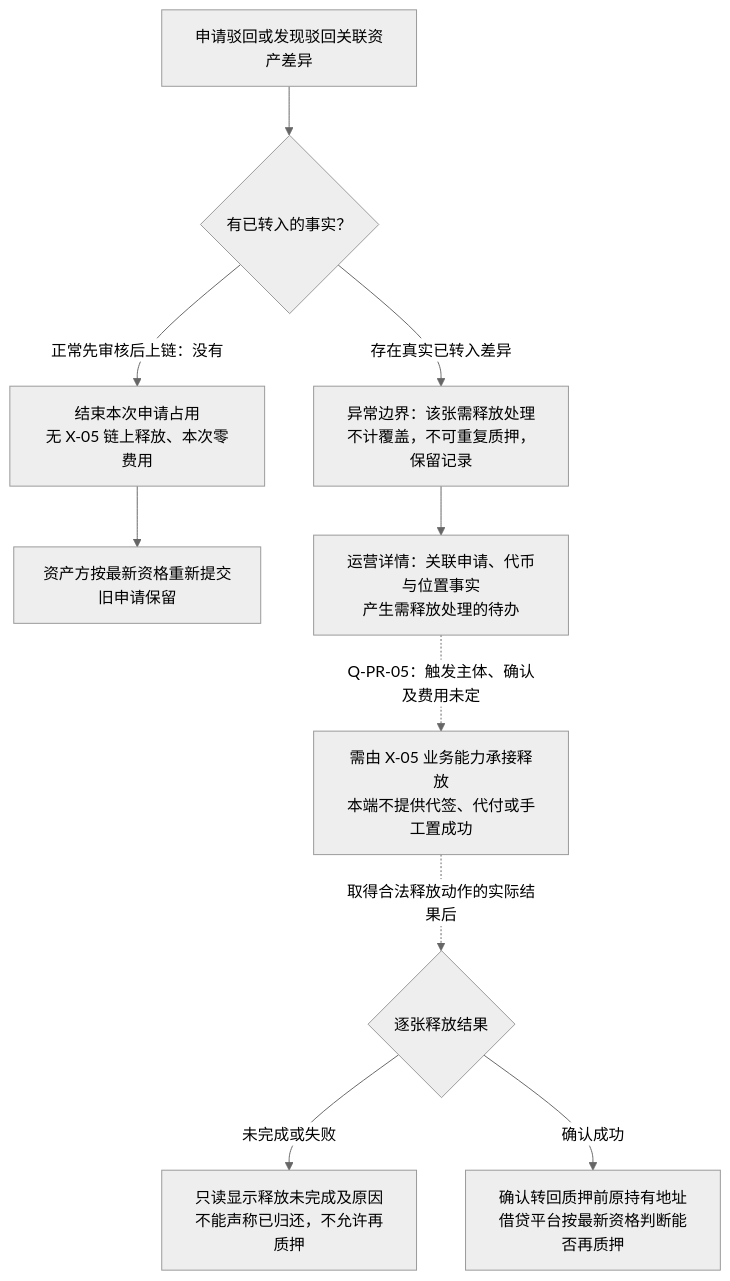
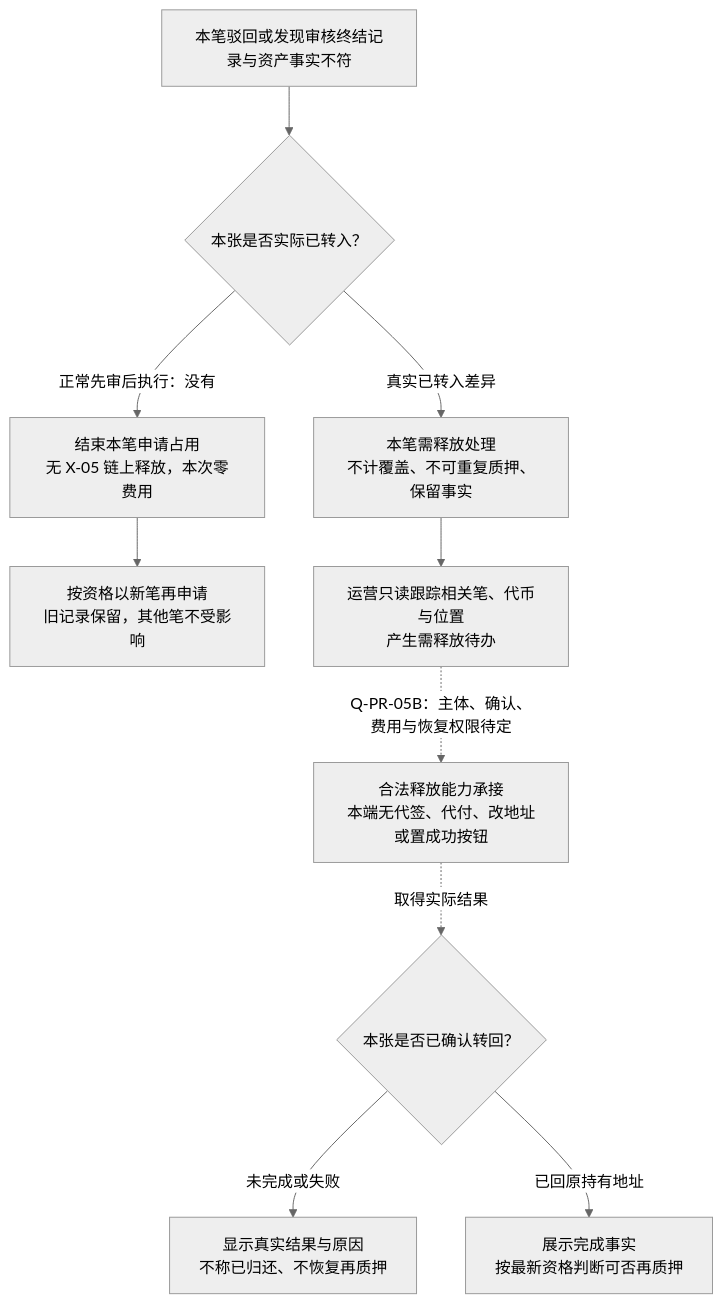
The third of 5 diagrams in lending-platform/PRD/v1.0-代币质押审核/v1.0-代币质押审核-流程图与状态机.md (wxblockchain/Chain-Financing), drawn with Mermaid (neutral theme) before and after one commit. The commit also changed other lines of this file and 1 other file, not shown here.

````diff
--- a/lending-platform/PRD/v1.0-代币质押审核/v1.0-代币质押审核-流程图与状态机.md
+++ b/lending-platform/PRD/v1.0-代币质押审核/v1.0-代币质押审核-流程图与状态机.md
@@ -83,12 +82,12 @@
 ```mermaid
 flowchart TD
-  A["申请驳回或发现驳回关联资产差异"] --> B{"有已转入的事实？"}
-  B -- "正常先审核后上链：没有" --> C["结束本次申请占用<br/>无 X-05 链上释放、本次零费用"]
-  C --> D["资产方按最新资格重新提交<br/>旧申请保留"]
-  B -- "存在真实已转入差异" --> E["异常边界：该张需释放处理<br/>不计覆盖，不可重复质押，保留记录"]
-  E --> F["运营详情：关联申请、代币与位置事实<br/>产生需释放处理的待办"]
-  F -. "Q-PR-05：触发主体、确认及费用未定" .-> G["需由 X-05 业务能力承接释放<br/>本端不提供代签、代付或手工置成功"]
-  G -. "取得合法释放动作的实际结果后" .-> H{"逐张释放结果"}
-  H -- "未完成或失败" --> I["只读显示释放未完成及原因<br/>不能声称已归还，不允许再质押"]
-  H -- "确认成功" --> J["确认转回质押前原持有地址<br/>借贷平台按最新资格判断能否再质押"]
+  A["本笔驳回或发现审核终结记录与资产事实不符"] --> B{"本张是否实际已转入？"}
+  B -- "正常先审后执行：没有" --> C["结束本笔申请占用<br/>无 X-05 链上释放，本次零费用"]
+  C --> D["按资格以新笔再申请<br/>旧记录保留，其他笔不受影响"]
+  B -- "真实已转入差异" --> E["本笔需释放处理<br/>不计覆盖、不可重复质押、保留事实"]
+  E --> F["运营只读跟踪相关笔、代币与位置<br/>产生需释放待办"]
+  F -. "Q-PR-05B：主体、确认、费用与恢复权限待定" .-> G["合法释放能力承接<br/>本端无代签、代付、改地址或置成功按钮"]
+  G -. "取得实际结果" .-> H{"本张是否已确认转回？"}
+  H -- "未完成或失败" --> I["显示真实结果与原因<br/>不称已归还、不恢复再质押"]
+  H -- "已回原持有地址" --> J["展示完成事实<br/>按最新资格判断可否再质押"]
 ```
````
